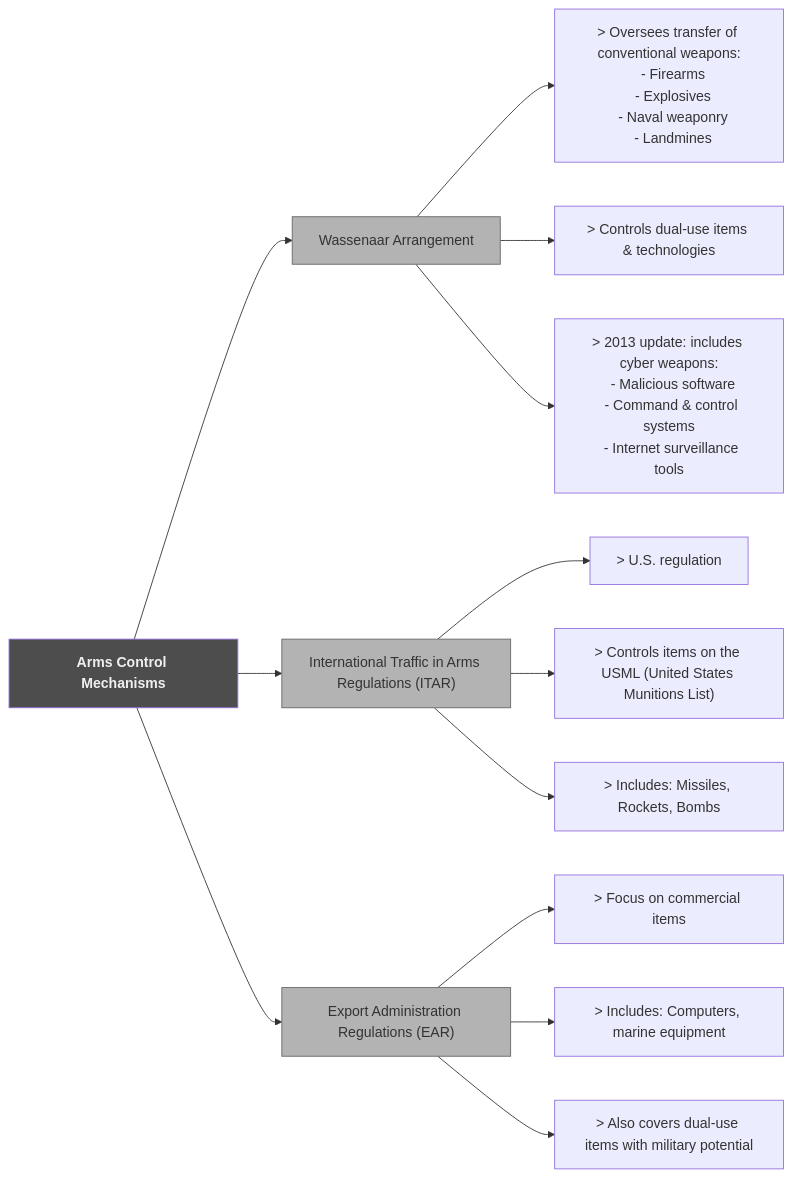
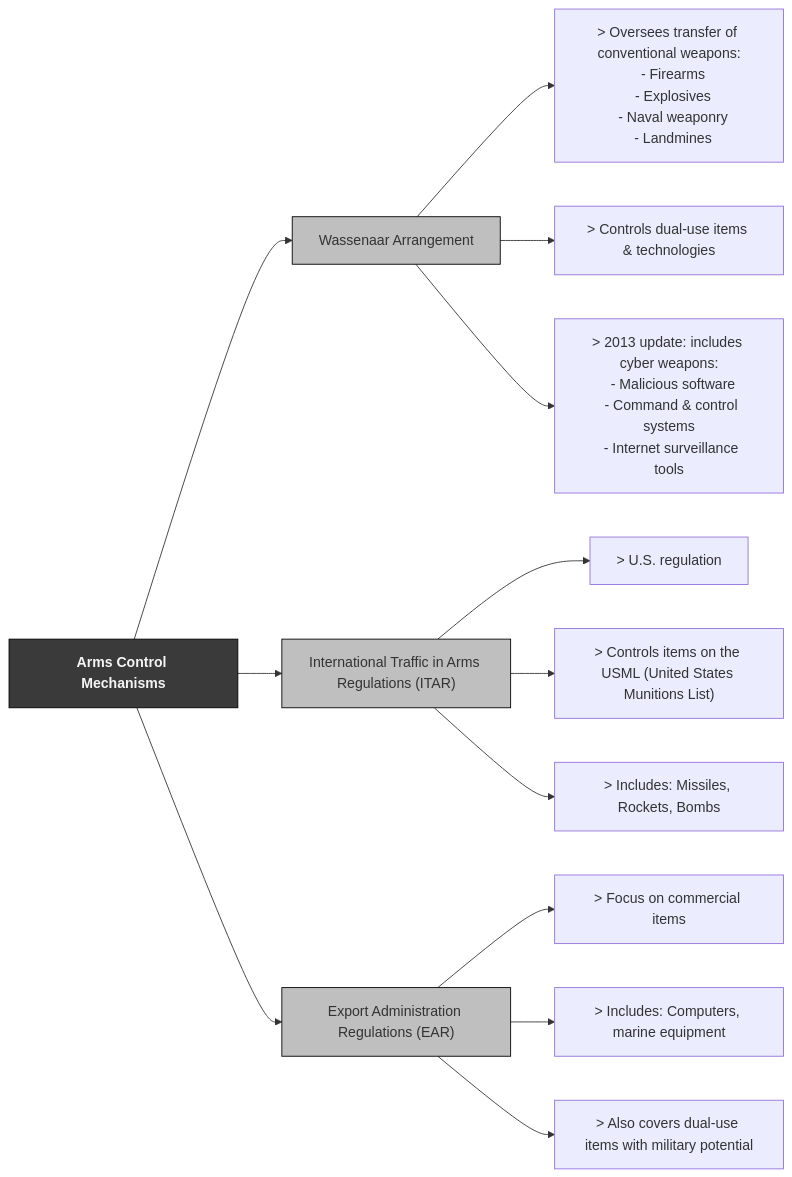
The diagram in DOMAIN1: The Cybersecurity Manager/1.4 Understand legal, regulatory, and compliance issues that pertain to information security in a holistic context.md (lorenzoleonelli/CISSP-Zero-to-Hero), drawn with Mermaid before and after one commit.

Commit message:
Update 1.4 Understand legal, regulatory, and compliance issues that pertain to information security in a holistic context.md

````diff
--- a/DOMAIN1: The Cybersecurity Manager/1.4 Understand legal, regulatory, and compliance issues that pertain to information security in a holistic context.md
+++ b/DOMAIN1: The Cybersecurity Manager/1.4 Understand legal, regulatory, and compliance issues that pertain to information security in a holistic context.md
@@ -191,23 +191,23 @@
 ```mermaid 
 flowchart LR
     A["Arms Control Mechanisms"]:::header
 
     A --> WA["Wassenaar Arrangement"]:::box
     A --> ITAR["International Traffic in Arms Regulations (ITAR)"]:::box
     A --> EAR["Export Administration Regulations (EAR)"]:::box
 
     WA --> WA1["> Oversees transfer of conventional weapons:\n  - Firearms\n  - Explosives\n  - Naval weaponry\n  - Landmines"]
     WA --> WA2["> Controls dual-use items & technologies"]
     WA --> WA3["> 2013 update: includes cyber weapons:\n  - Malicious software\n  - Command & control systems\n  - Internet surveillance tools"]
 
     ITAR --> ITAR1["> U.S. regulation"]
     ITAR --> ITAR2["> Controls items on the USML (United States Munitions List)"]
     ITAR --> ITAR3["> Includes: Missiles, Rockets, Bombs"]
 
     EAR --> EAR1["> Focus on commercial items"]
     EAR --> EAR2["> Includes: Computers, marine equipment"]
     EAR --> EAR3["> Also covers dual-use items with military potential"]
 
-    classDef header fill:#4d4d4d,color:#f0f0f0,font-weight:bold
-    classDef box fill:#b3b3b3,stroke:#666666,stroke-width:1px
+    classDef header fill:#3a3a3a,color:#f5f5f5,font-weight:bold,stroke:#000000,stroke-width:1px
+    classDef box fill:#bfbfbf,stroke:#000000,stroke-width:1px
 ```
````
